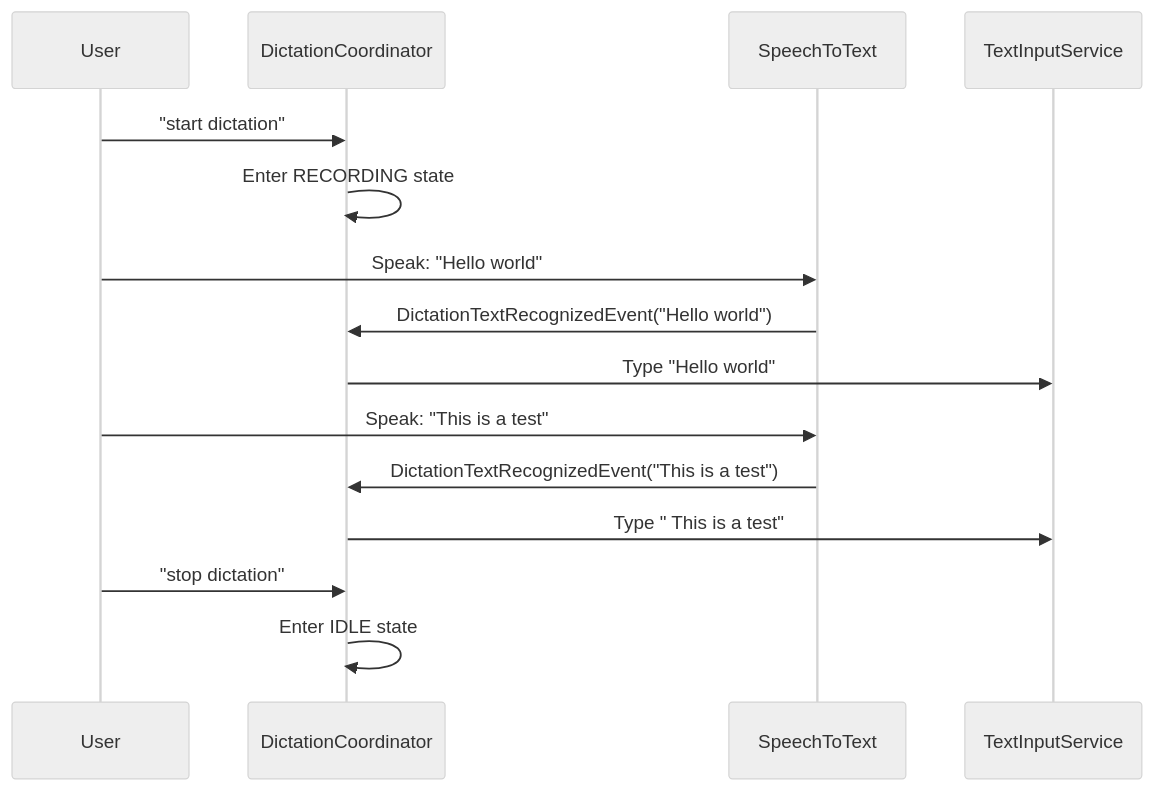
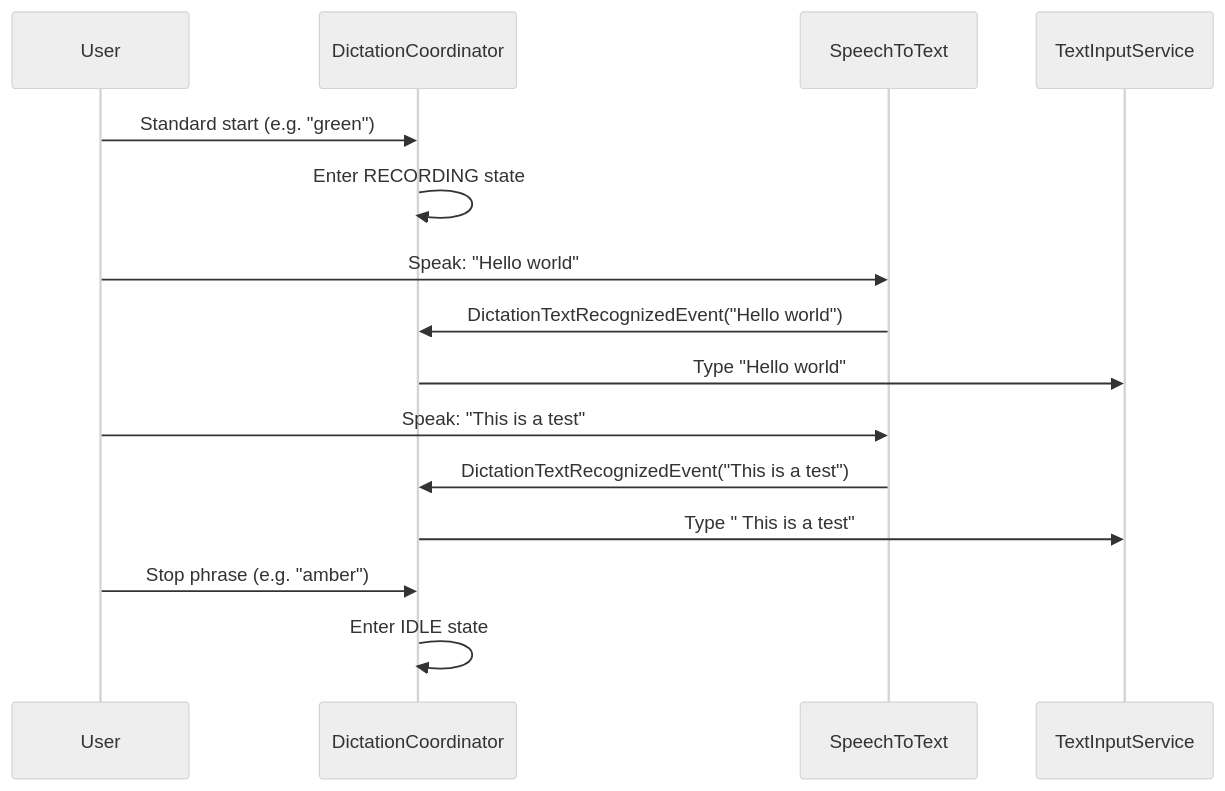
The third of 7 diagrams in docs/developer/dictation_system.rst (rick12000/vocalance), drawn with Mermaid (neutral theme) before and after one commit. The commit also changed other lines of this file and 16 other files, not shown here.

```diff
--- a/docs/developer/dictation_system.rst
+++ b/docs/developer/dictation_system.rst
@@ -150,21 +152,21 @@
 .. mermaid::
 
    sequenceDiagram
        participant U as User
        participant Coord as DictationCoordinator
        participant STT as SpeechToText
        participant Input as TextInputService
 
-       U->>Coord: "start dictation"
+       U->>Coord: Standard start (e.g. "green")
        Coord->>Coord: Enter RECORDING state
 
        U->>STT: Speak: "Hello world"
        STT->>Coord: DictationTextRecognizedEvent("Hello world")
        Coord->>Input: Type "Hello world"
 
        U->>STT: Speak: "This is a test"
        STT->>Coord: DictationTextRecognizedEvent("This is a test")
        Coord->>Input: Type " This is a test"
 
-       U->>Coord: "stop dictation"
+       U->>Coord: Stop phrase (e.g. "amber")
        Coord->>Coord: Enter IDLE state
```
